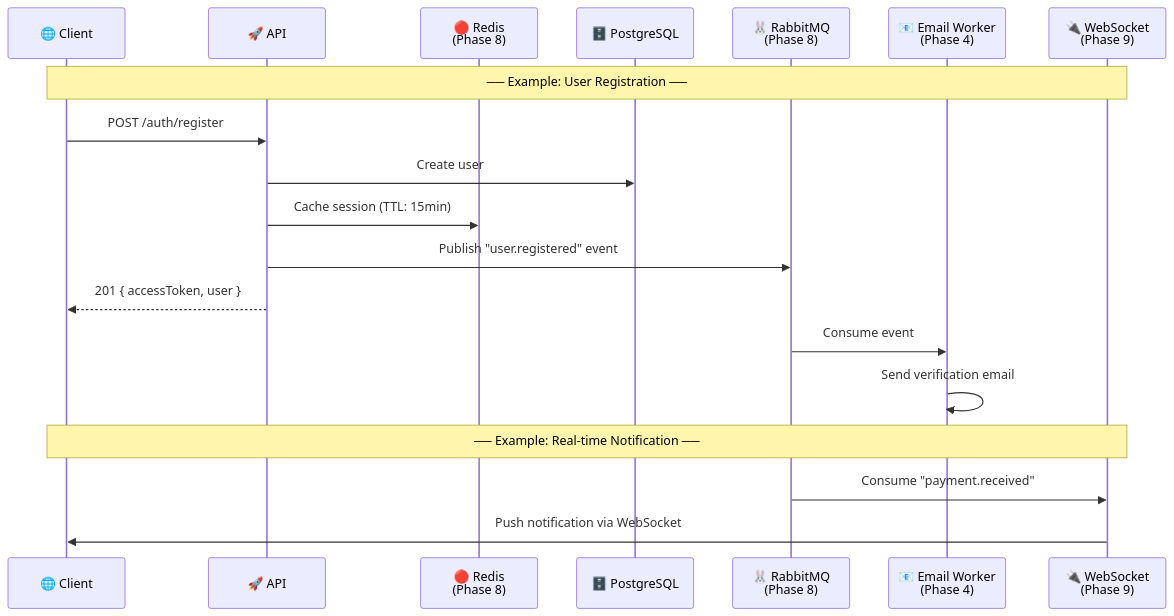
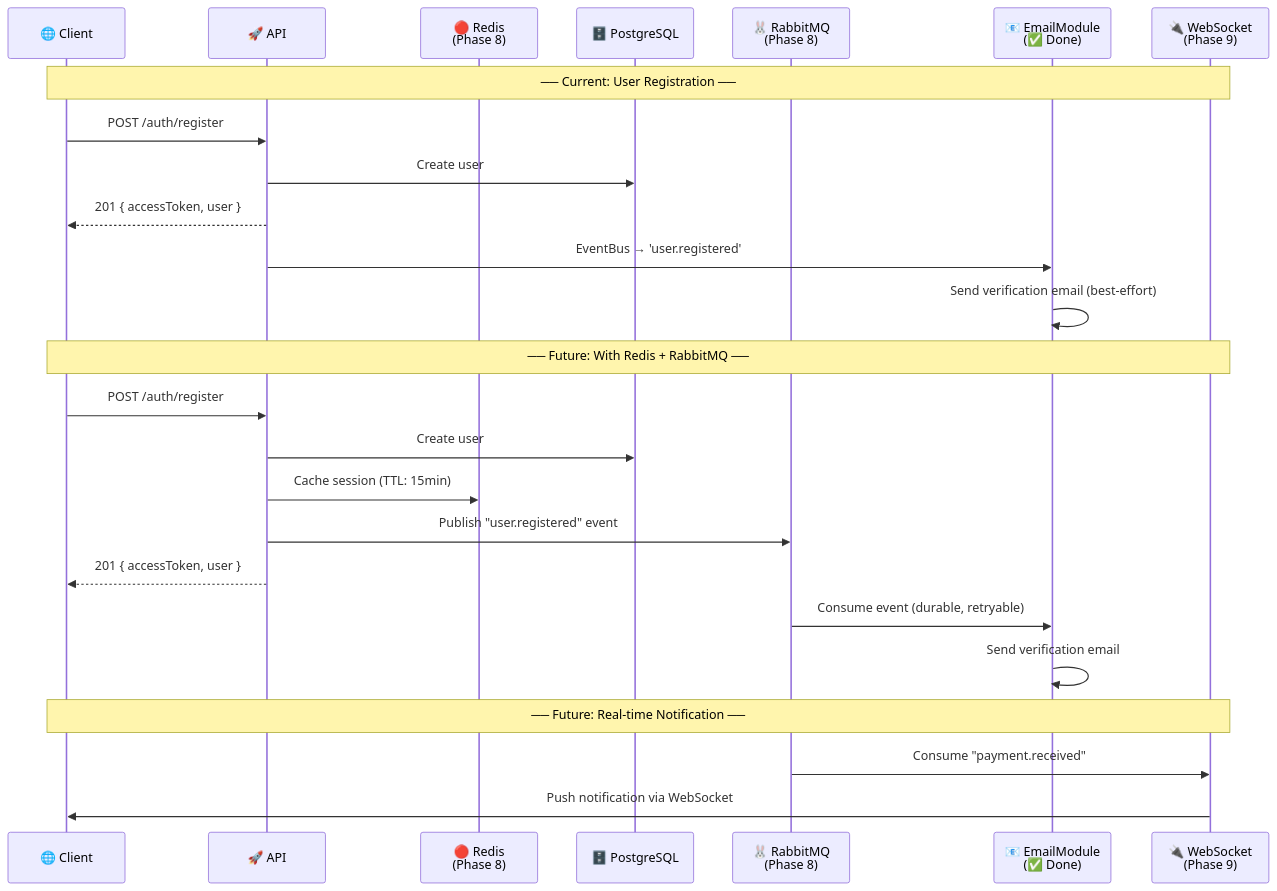
Before and after one commit to prashantpalikhe/paisa: the fifth of 5 diagrams in docs/request-lifecycle.md, drawn with Mermaid. The commit also changed other lines of this file, not shown here.

First line of the commit message:
Update request lifecycle docs with email event flow

````diff
--- a/docs/request-lifecycle.md
+++ b/docs/request-lifecycle.md
@@ -198,26 +253,34 @@
 ```mermaid
 sequenceDiagram
     participant Client as 🌐 Client
     participant API as 🚀 API
     participant Redis as 🔴 Redis<br/>(Phase 8)
     participant DB as 🗄️ PostgreSQL
     participant Queue as 🐰 RabbitMQ<br/>(Phase 8)
-    participant Email as 📧 Email Worker<br/>(Phase 4)
+    participant Email as 📧 EmailModule<br/>(✅ Done)
     participant WS as 🔌 WebSocket<br/>(Phase 9)
 
-    Note over Client,WS: ── Example: User Registration ──
+    Note over Client,WS: ── Current: User Registration ──
+
+    Client->>API: POST /auth/register
+    API->>DB: Create user
+    API-->>Client: 201 { accessToken, user }
+    API->>Email: EventBus → 'user.registered'
+    Email->>Email: Send verification email (best-effort)
+
+    Note over Client,WS: ── Future: With Redis + RabbitMQ ──
 
     Client->>API: POST /auth/register
     API->>DB: Create user
     API->>Redis: Cache session (TTL: 15min)
     API->>Queue: Publish "user.registered" event
     API-->>Client: 201 { accessToken, user }
 
-    Queue->>Email: Consume event
+    Queue->>Email: Consume event (durable, retryable)
     Email->>Email: Send verification email
 
-    Note over Client,WS: ── Example: Real-time Notification ──
+    Note over Client,WS: ── Future: Real-time Notification ──
 
     Queue->>WS: Consume "payment.received"
     WS->>Client: Push notification via WebSocket
 ```
````
